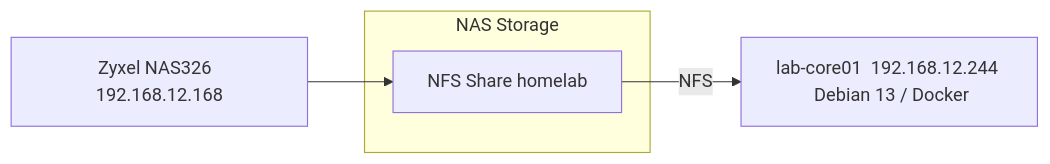
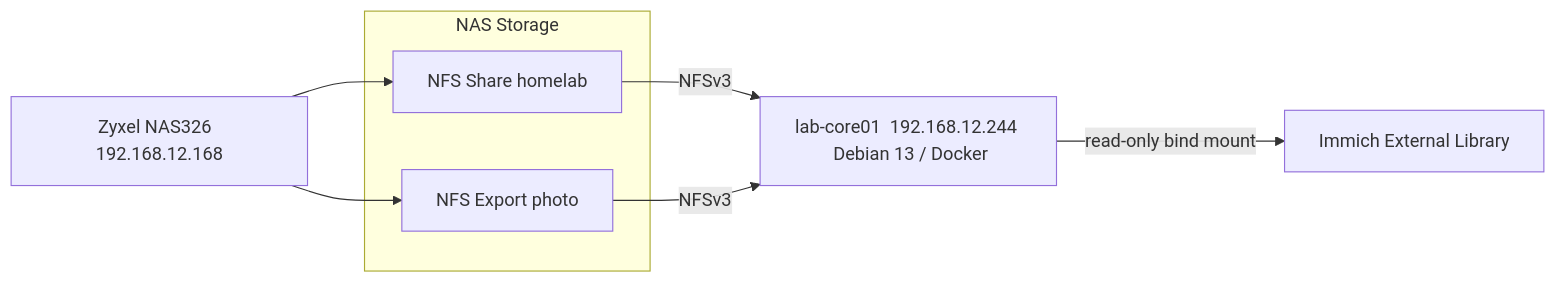
The diagram in storage/nfs.md (Tearstone/tearstone-homelab), drawn with Mermaid before and after one commit. The commit also changed other lines of this file, not shown here.

Commit message:
Document Immich photo NFS export

````diff
--- a/storage/nfs.md
+++ b/storage/nfs.md
@@ -1,14 +1,18 @@
 ```mermaid
-
 flowchart LR
     NAS["Zyxel NAS326  192.168.12.168"]
-    
+
     subgraph Storage["NAS Storage"]
         NFS["NFS Share  homelab"]
+        PHOTO["NFS Export  photo"]
     end
 
     CORE["lab-core01  192.168.12.244  Debian 13 / Docker"]
+    IMMICH["Immich External Library"]
 
     NAS --> NFS
-    NFS -->|NFS| CORE
+    NAS --> PHOTO
+    NFS -->|NFSv3| CORE
+    PHOTO -->|NFSv3| CORE
+    CORE -->|read-only bind mount| IMMICH
 ```
````
